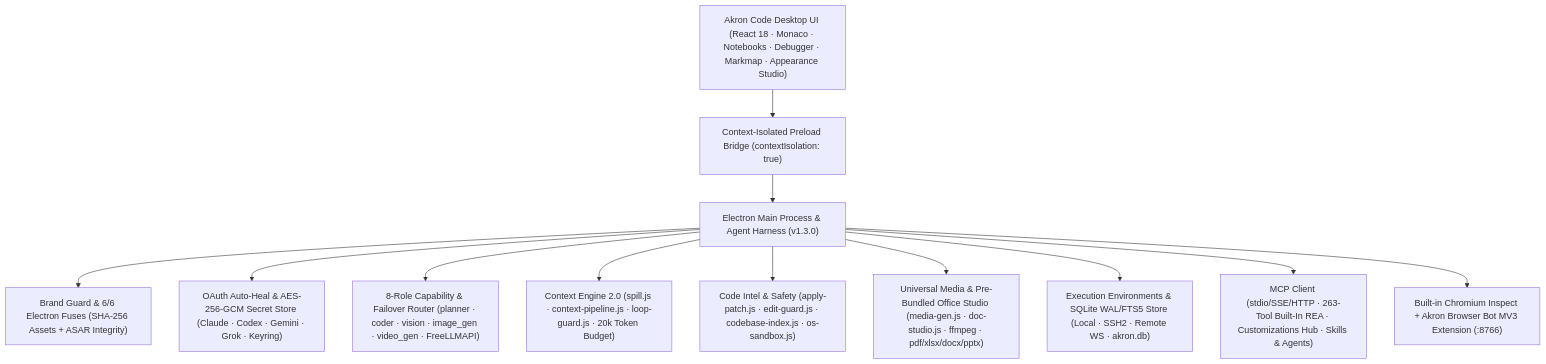
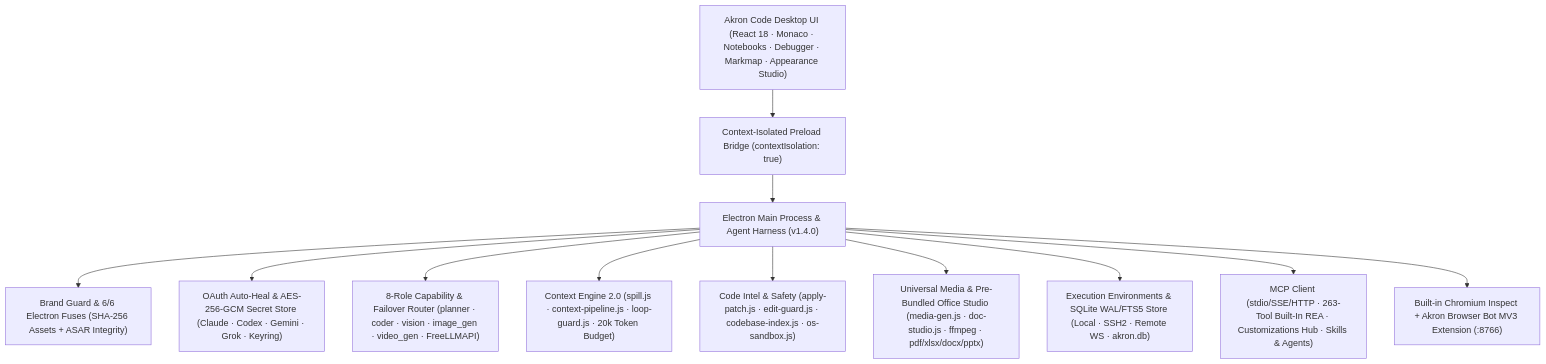
The second of 3 diagrams in README.md (faysaliteng/akron-code), drawn with Mermaid before and after one commit. The commit also changed other lines of this file and 39 other files, not shown here.

````diff
--- a/README.md
+++ b/README.md
@@ -142,15 +142,15 @@
 ```mermaid
 flowchart TD
   UI["Akron Code Desktop UI (React 18 · Monaco · Notebooks · Debugger · Markmap · Appearance Studio)"] --> Preload["Context-Isolated Preload Bridge (contextIsolation: true)"]
-  Preload --> Main["Electron Main Process & Agent Harness (v1.3.0)"]
+  Preload --> Main["Electron Main Process & Agent Harness (v1.4.0)"]
 
   Main --> Brand["Brand Guard & 6/6 Electron Fuses (SHA-256 Assets + ASAR Integrity)"]
   Main --> Auth["OAuth Auto-Heal & AES-256-GCM Secret Store (Claude · Codex · Gemini · Grok · Keyring)"]
   Main --> Router["8-Role Capability & Failover Router (planner · coder · vision · image_gen · video_gen · FreeLLMAPI)"]
   Main --> Context["Context Engine 2.0 (spill.js · context-pipeline.js · loop-guard.js · 20k Token Budget)"]
   Main --> Intel["Code Intel & Safety (apply-patch.js · edit-guard.js · codebase-index.js · os-sandbox.js)"]
   Main --> Studio["Universal Media & Pre-Bundled Office Studio (media-gen.js · doc-studio.js · ffmpeg · pdf/xlsx/docx/pptx)"]
   Main --> Envs["Execution Environments & SQLite WAL/FTS5 Store (Local · SSH2 · Remote WS · akron.db)"]
   Main --> Ext["MCP Client (stdio/SSE/HTTP · 263-Tool Built-In REA · Customizations Hub · Skills & Agents)"]
   Main --> Bridge["Built-in Chromium Inspect + Akron Browser Bot MV3 Extension (:8766)"]
 ```
````
